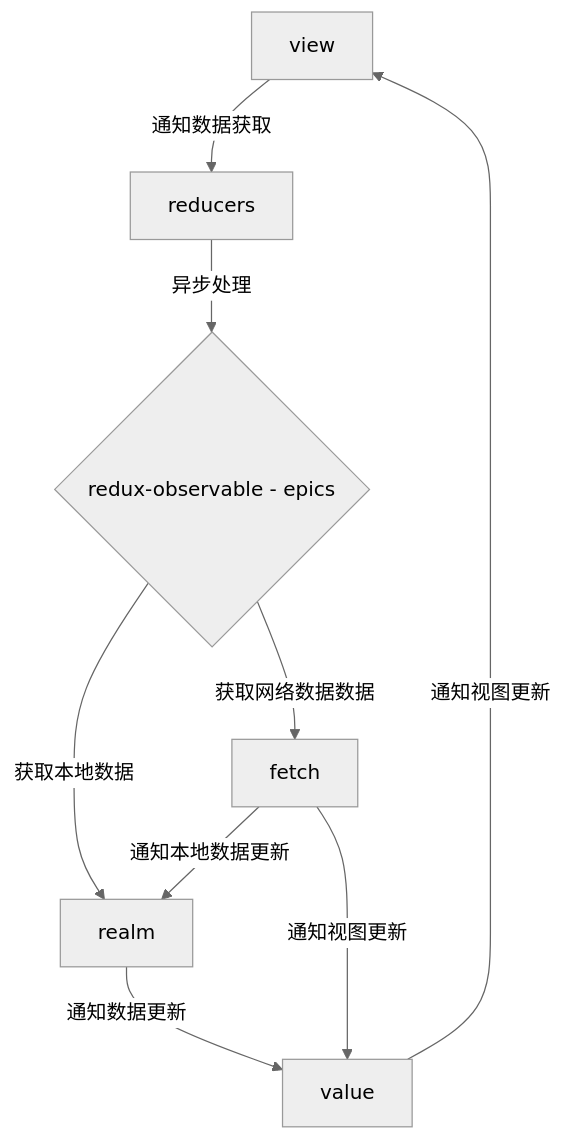
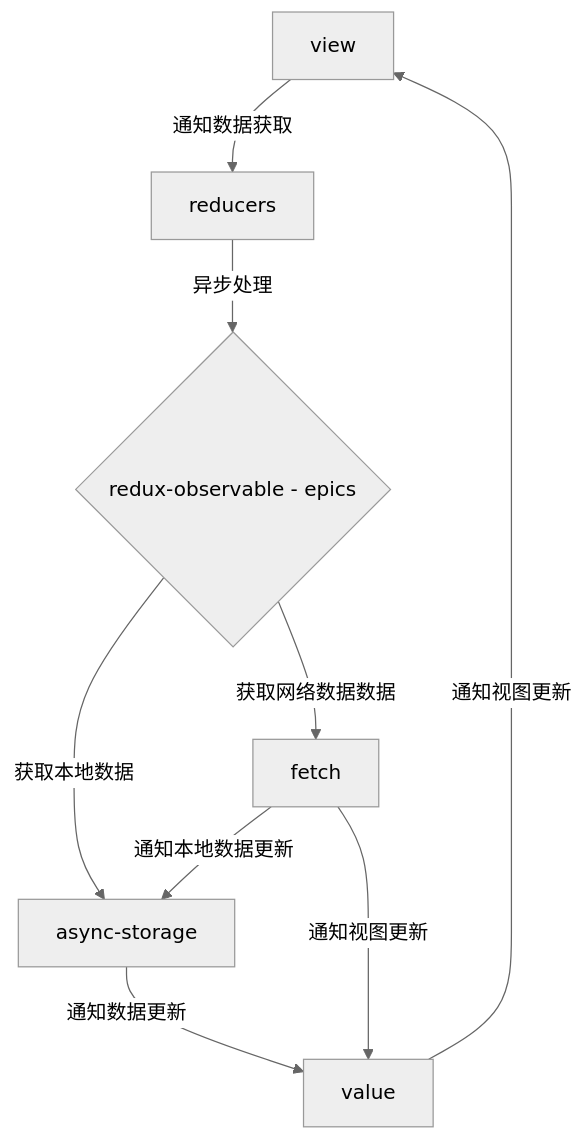
Before and after one commit to shamerKill/alpha_house: the diagram in src/data/README.md, drawn with Mermaid (neutral theme). The commit also changed 41 other files, not shown here.

````diff
--- a/src/data/README.md
+++ b/src/data/README.md
@@ -3,11 +3,11 @@
 ``` mermaid
 graph TD
   view -->|通知数据获取| reducers
   reducers -->|异步处理| Observable{redux-observable - epics}
-  Observable -->|获取本地数据| realm
+  Observable -->|获取本地数据| async-storage
   Observable -->|获取网络数据数据| fetch
-  realm -->|通知数据更新| value
+  async-storage -->|通知数据更新| value
   value -->|通知视图更新| view
-  fetch -->|通知本地数据更新| realm
+  fetch -->|通知本地数据更新| async-storage
   fetch -->|通知视图更新| value
 ```
````
